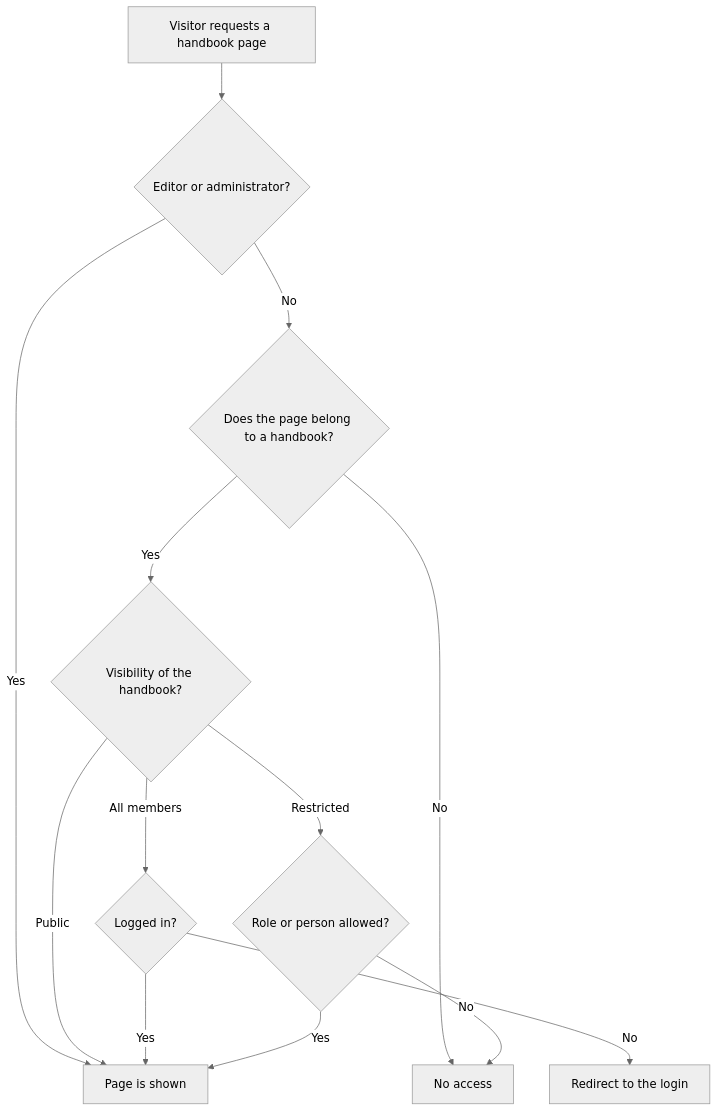
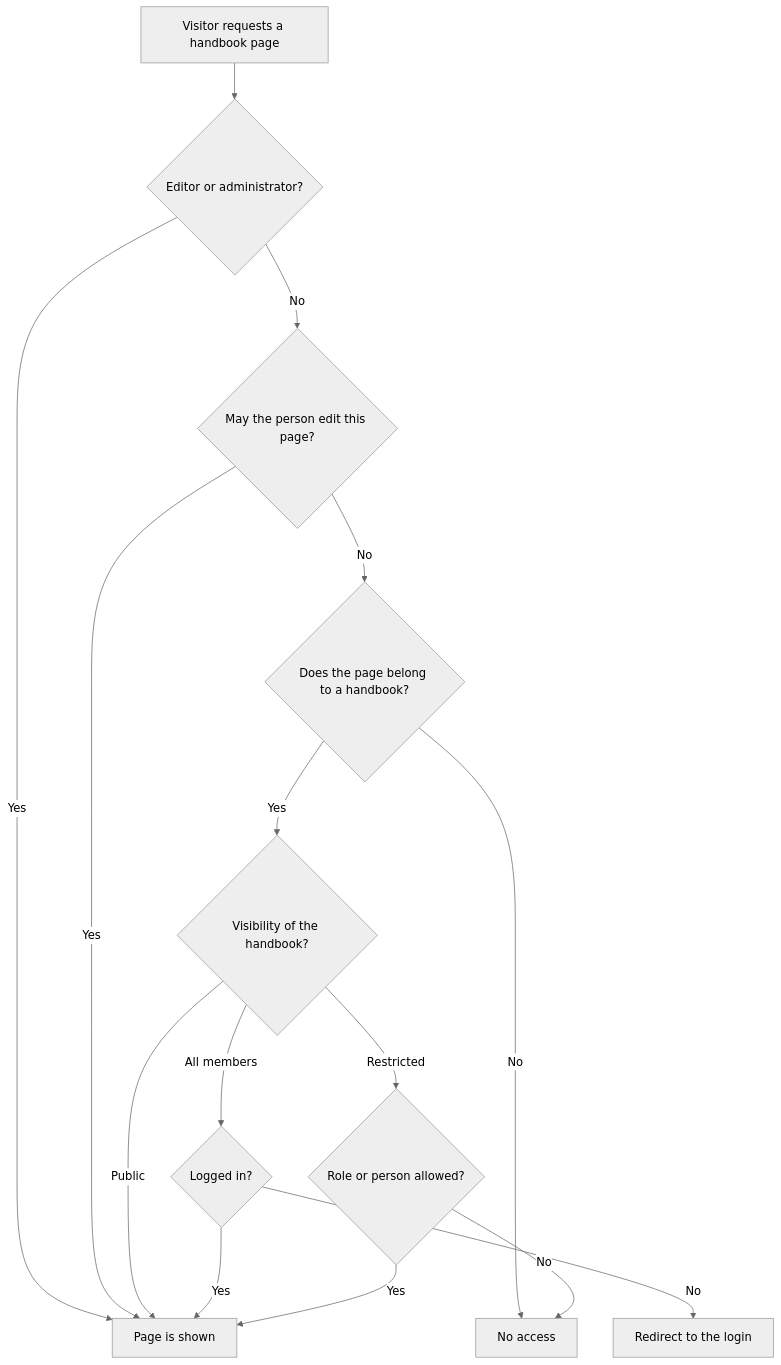
One commit to rfluethi/living-handbook changed the diagram in docs/user/en/living-handbook/access/understanding-access.md. Above: the diagram before and after it, drawn with Mermaid (neutral theme). The commit also changed other lines of this file and 38 other files, not shown here.

````diff
--- a/docs/user/en/living-handbook/access/understanding-access.md
+++ b/docs/user/en/living-handbook/access/understanding-access.md
@@ -11,15 +11,17 @@
 ```mermaid
 graph TD;
   A["Visitor requests a handbook page"] --> R{"Editor or administrator?"};
   R -->|"Yes"| Y["Page is shown"];
-  R -->|"No"| B{"Does the page belong to a handbook?"};
+  R -->|"No"| W{"May the person edit this page?"};
+  W -->|"Yes"| Y;
+  W -->|"No"| B{"Does the page belong to a handbook?"};
   B -->|"No"| X["No access"];
   B -->|"Yes"| C{"Visibility of the handbook?"};
   C -->|"Public"| Y["Page is shown"];
   C -->|"All members"| D{"Logged in?"};
   C -->|"Restricted"| E{"Role or person allowed?"};
   D -->|"Yes"| Y;
   D -->|"No"| L["Redirect to the login"];
   E -->|"Yes"| Y;
   E -->|"No"| X;
 ```
````
